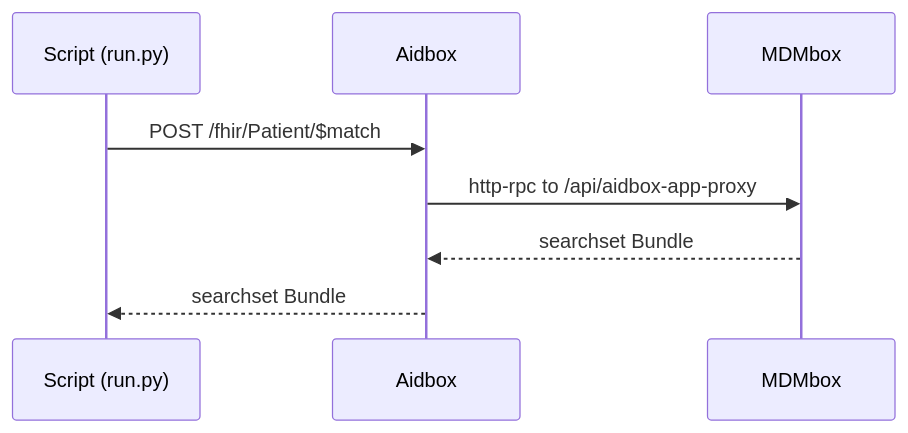
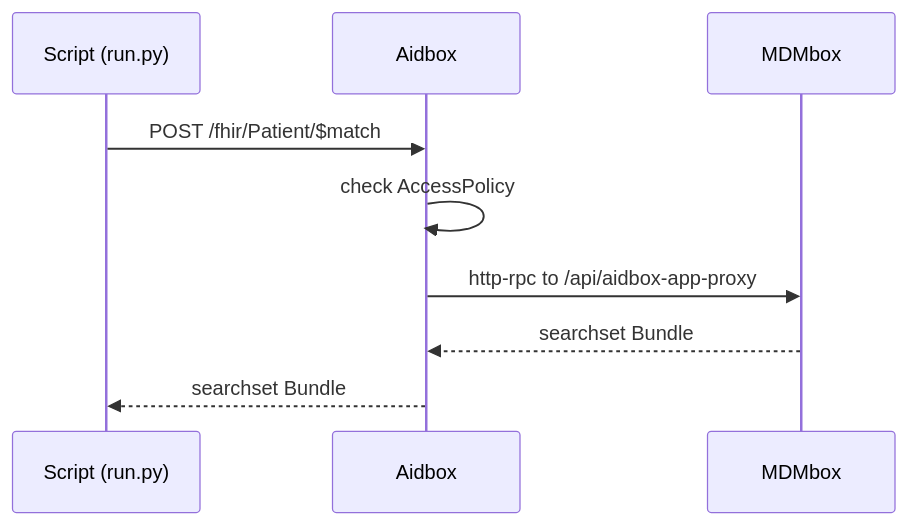
Before and after one commit to HealthSamurai/mdmbox-playground: the diagram in examples/aidbox-app/README.md, drawn with Mermaid. The commit also changed other lines of this file and 1 other file, not shown here.

First line of the commit message:
Restrict Aidbox App operations with access policies

````diff
--- a/examples/aidbox-app/README.md
+++ b/examples/aidbox-app/README.md
@@ -58,11 +127,12 @@
 ```mermaid
 sequenceDiagram
     participant Script as Script (run.py)
     participant Aidbox
     participant MDMbox
 
     Script->>Aidbox: POST /fhir/Patient/$match
+    Aidbox->>Aidbox: check AccessPolicy
     Aidbox->>MDMbox: http-rpc to /api/aidbox-app-proxy
     MDMbox-->>Aidbox: searchset Bundle
     Aidbox-->>Script: searchset Bundle
 ```
````
